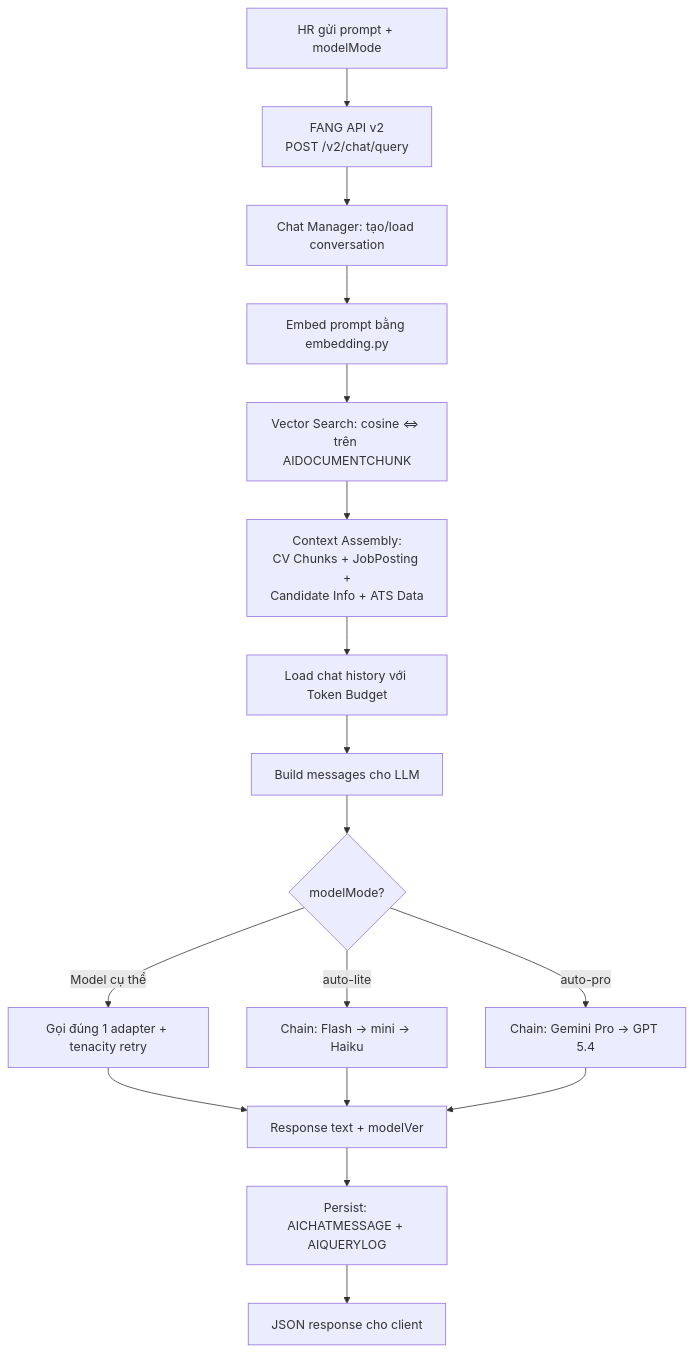
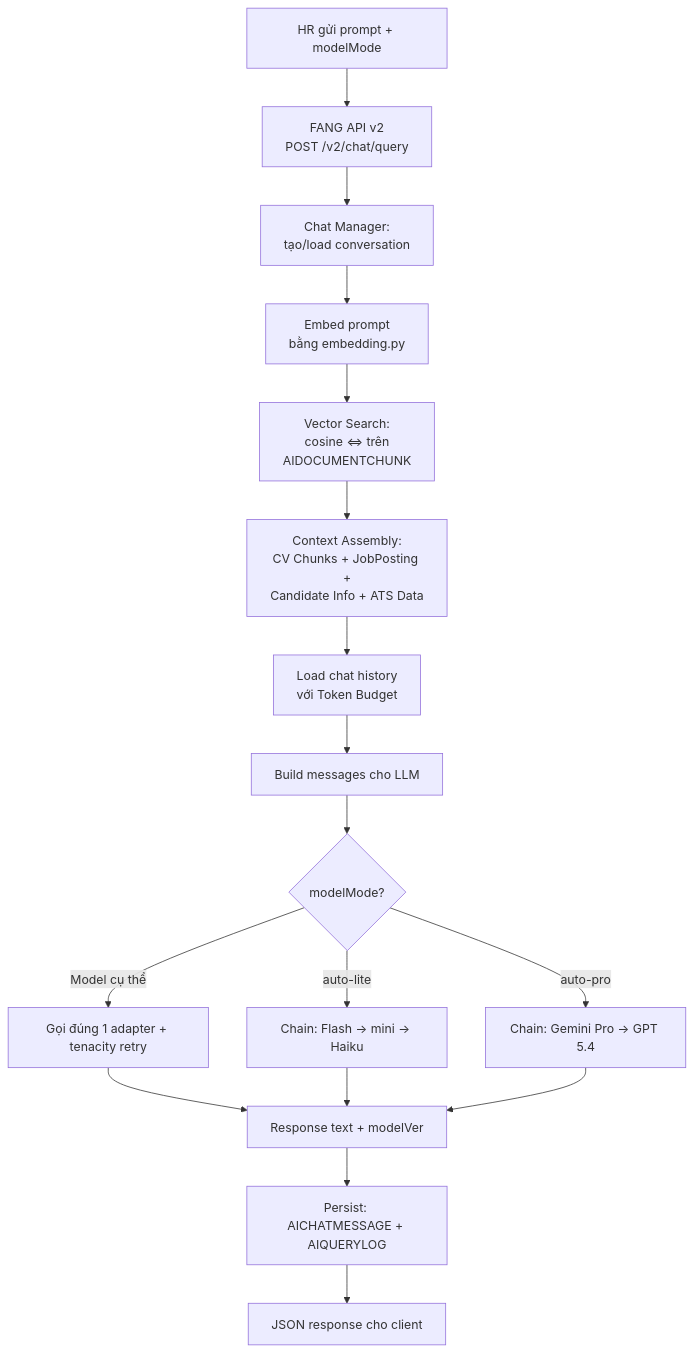
Before and after one commit to PTIT-TTCS-Team-5/Fang: the first of 3 diagrams in docs/rag_query_strategy.md, drawn with Mermaid. The commit also changed other lines of this file and 8 other files, not shown here.

Commit message:
docs: đồng bộ hóa bộ tài liệu v2 và tối ưu hiển thị sơ đồ Mermaid

````diff
--- a/docs/rag_query_strategy.md
+++ b/docs/rag_query_strategy.md
@@ -15,22 +15,22 @@
 ```mermaid
 flowchart TD
     A[HR gửi prompt + modelMode] --> B["FANG API v2\nPOST /v2/chat/query"]
-    B --> C[Chat Manager: tạo/load conversation]
-    C --> D[Embed prompt bằng embedding.py]
-    D --> E["Vector Search: cosine <=> trên AIDOCUMENTCHUNK"]
+    B --> C[Chat Manager:<br/>tạo/load conversation]
+    C --> D[Embed prompt<br/>bằng embedding.py]
+    D --> E["Vector Search:<br/>cosine <=> trên<br/>AIDOCUMENTCHUNK"]
     E --> F[Context Assembly:<br/>CV Chunks + JobPosting +<br/>Candidate Info + ATS Data]
-    F --> G[Load chat history với Token Budget]
+    F --> G[Load chat history<br/>với Token Budget]
     G --> H[Build messages cho LLM]
     H --> I{modelMode?}
     
     I -->|Model cụ thể| J[Gọi đúng 1 adapter + tenacity retry]
     I -->|auto-lite| K["Chain: Flash → mini → Haiku"]
     I -->|auto-pro| L["Chain: Gemini Pro → GPT 5.4"]
     
     J --> M[Response text + modelVer]
     K --> M
     L --> M
     
     M --> N[Persist: AICHATMESSAGE + AIQUERYLOG]
     N --> O[JSON response cho client]
 ```
````
